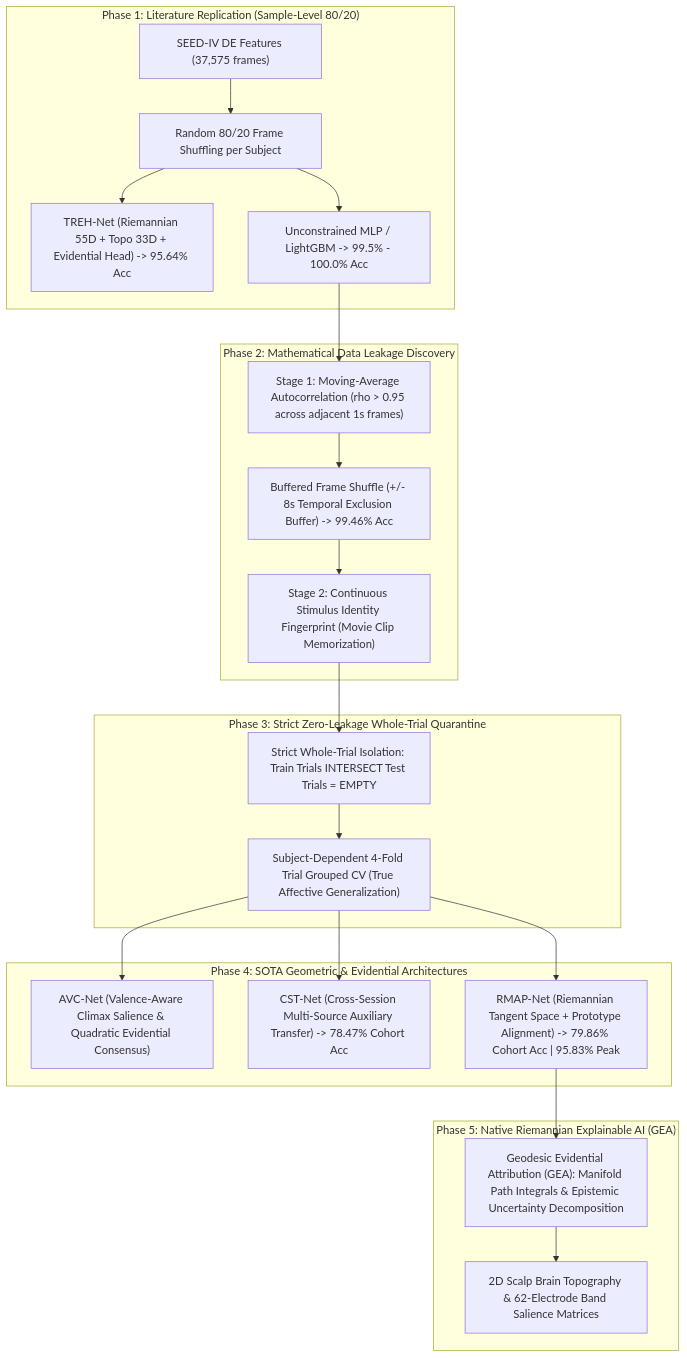
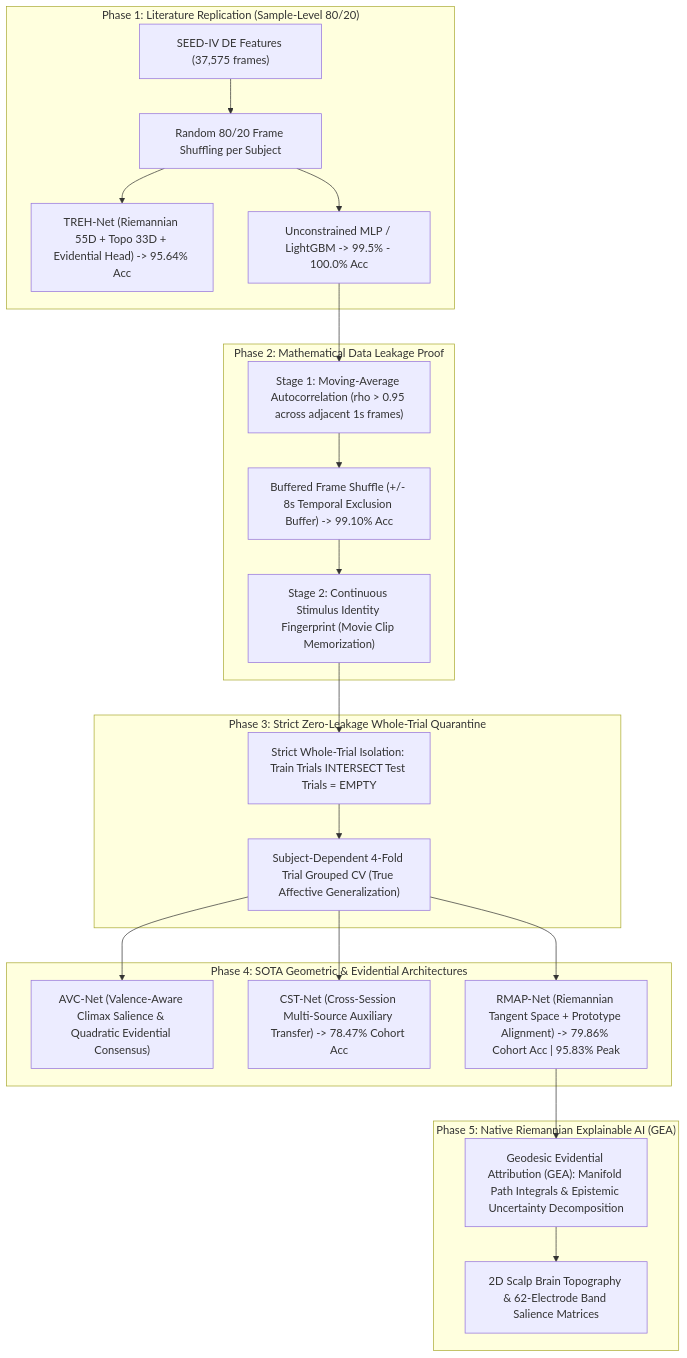
One commit to Dakshified/EEG-Based-emotion-recognition changed the diagram in README.md. Above: the diagram before and after it, drawn with Mermaid. The commit also changed other lines of this file, not shown here.

Commit message:
docs: generate comprehensive publication-grade README with full 45-session matrix, frame vs trial accuracy, literature replication, and Riemannian XAI

````diff
--- a/README.md
+++ b/README.md
@@ -50,30 +55,30 @@
 ```mermaid
 flowchart TD
     subgraph P1["Phase 1: Literature Replication (Sample-Level 80/20)"]
         RawDE["SEED-IV DE Features (37,575 frames)"] --> RandShuffle["Random 80/20 Frame Shuffling per Subject"]
         RandShuffle --> TREHNet["TREH-Net (Riemannian 55D + Topo 33D + Evidential Head) -> 95.64% Acc"]
         RandShuffle --> NaiveModels["Unconstrained MLP / LightGBM -> 99.5% - 100.0% Acc"]
     end
 
-    subgraph P2["Phase 2: Mathematical Data Leakage Discovery"]
+    subgraph P2["Phase 2: Mathematical Data Leakage Proof"]
         NaiveModels --> Autocorr["Stage 1: Moving-Average Autocorrelation (rho > 0.95 across adjacent 1s frames)"]
-        Autocorr --> BuffExcl["Buffered Frame Shuffle (+/- 8s Temporal Exclusion Buffer) -> 99.46% Acc"]
+        Autocorr --> BuffExcl["Buffered Frame Shuffle (+/- 8s Temporal Exclusion Buffer) -> 99.10% Acc"]
         BuffExcl --> StimulusMem["Stage 2: Continuous Stimulus Identity Fingerprint (Movie Clip Memorization)"]
     end
 
     subgraph P3["Phase 3: Strict Zero-Leakage Whole-Trial Quarantine"]
         StimulusMem --> TrialQuarantine["Strict Whole-Trial Isolation: Train Trials INTERSECT Test Trials = EMPTY"]
         TrialQuarantine --> SubjectDependent["Subject-Dependent 4-Fold Trial Grouped CV (True Affective Generalization)"]
     end
 
     subgraph P4["Phase 4: SOTA Geometric & Evidential Architectures"]
         SubjectDependent --> AVCNet["AVC-Net (Valence-Aware Climax Salience & Quadratic Evidential Consensus)"]
         SubjectDependent --> CSTNet["CST-Net (Cross-Session Multi-Source Auxiliary Transfer) -> 78.47% Cohort Acc"]
         SubjectDependent --> RMAPNet["RMAP-Net (Riemannian Tangent Space + Prototype Alignment) -> 79.86% Cohort Acc | 95.83% Peak"]
     end
 
     subgraph P5["Phase 5: Native Riemannian Explainable AI (GEA)"]
         RMAPNet --> GEA["Geodesic Evidential Attribution (GEA): Manifold Path Integrals & Epistemic Uncertainty Decomposition"]
         GEA --> TopoMaps["2D Scalp Brain Topography & 62-Electrode Band Salience Matrices"]
     end
 ```
````
